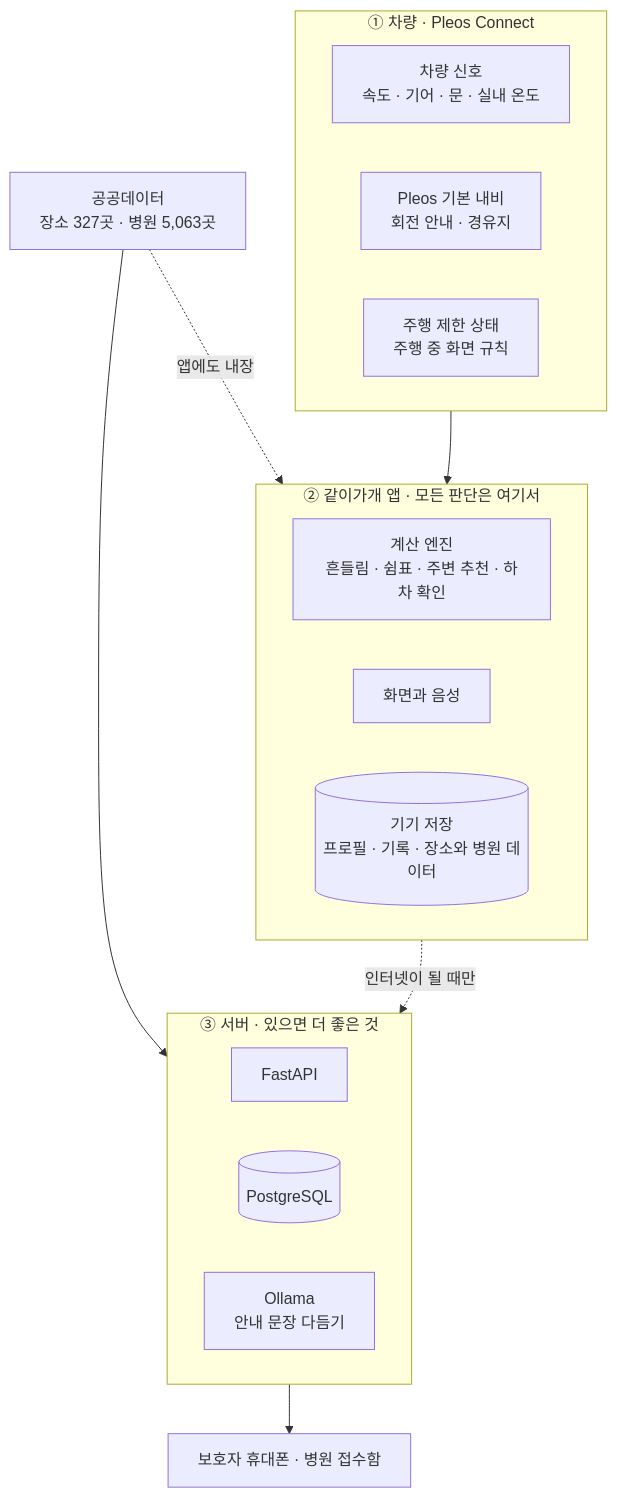
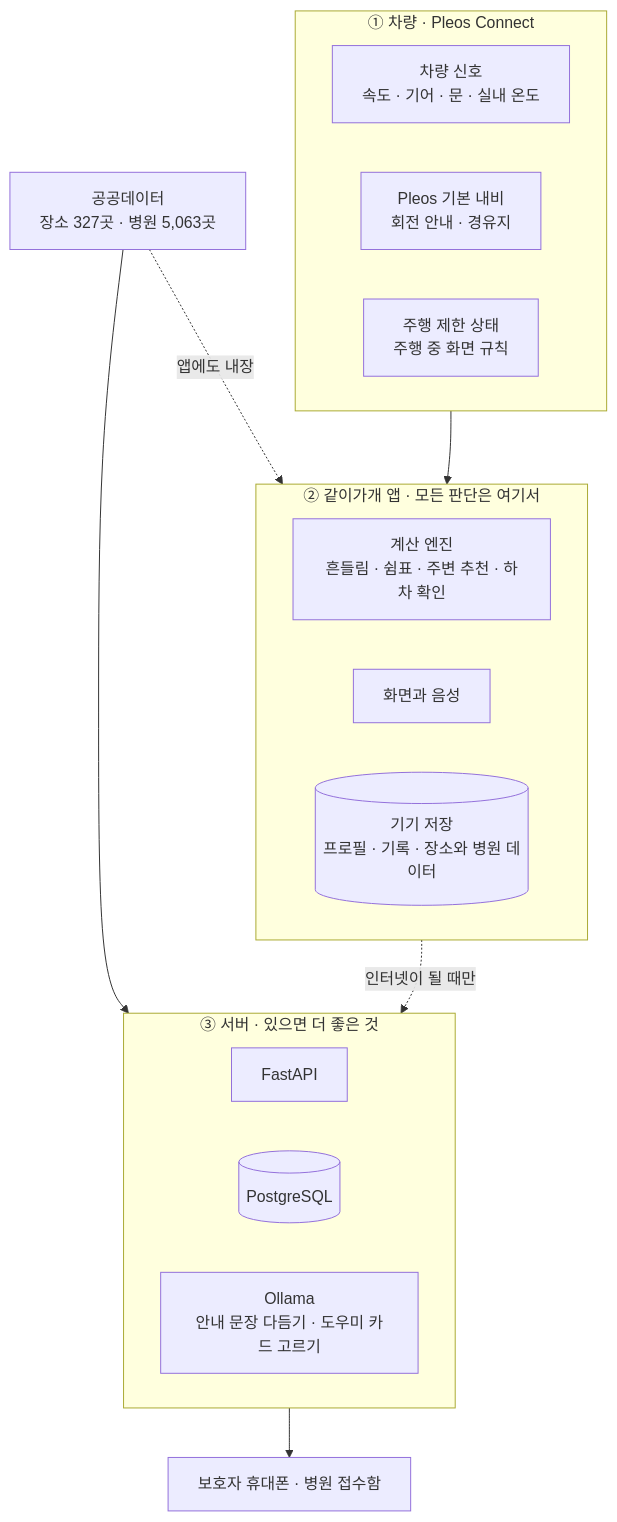
The first of 5 diagrams in README.md (xuxtaku7610-del/every-moment-of-pause), drawn with Mermaid before and after one commit. The commit also changed other lines of this file and 143 other files, not shown here.

````diff
--- a/README.md
+++ b/README.md
@@ -149,29 +153,29 @@
 ```mermaid
 flowchart TB
   subgraph L1["① 차량 · Pleos Connect"]
     direction LR
     V["차량 신호<br/>속도 · 기어 · 문 · 실내 온도"]
     N["Pleos 기본 내비<br/>회전 안내 · 경유지"]
     R["주행 제한 상태<br/>주행 중 화면 규칙"]
   end
 
   subgraph L2["② 같이가개 앱 · 모든 판단은 여기서"]
     direction LR
     E["계산 엔진<br/>흔들림 · 쉼표 · 주변 추천 · 하차 확인"]
     U["화면과 음성"]
     S[("기기 저장<br/>프로필 · 기록 · 장소와 병원 데이터")]
   end
 
   subgraph L3["③ 서버 · 있으면 더 좋은 것"]
     direction LR
     A["FastAPI"]
     D[("PostgreSQL")]
-    M["Ollama<br/>안내 문장 다듬기"]
+    M["Ollama<br/>안내 문장 다듬기 · 도우미 카드 고르기"]
   end
 
   P["공공데이터<br/>장소 327곳 · 병원 5,063곳"] --> D
   P -. "앱에도 내장" .-> S
   L1 --> L2
   L2 -. "인터넷이 될 때만" .-> L3
   A --> W["보호자 휴대폰 · 병원 접수함"]
 ```
````
